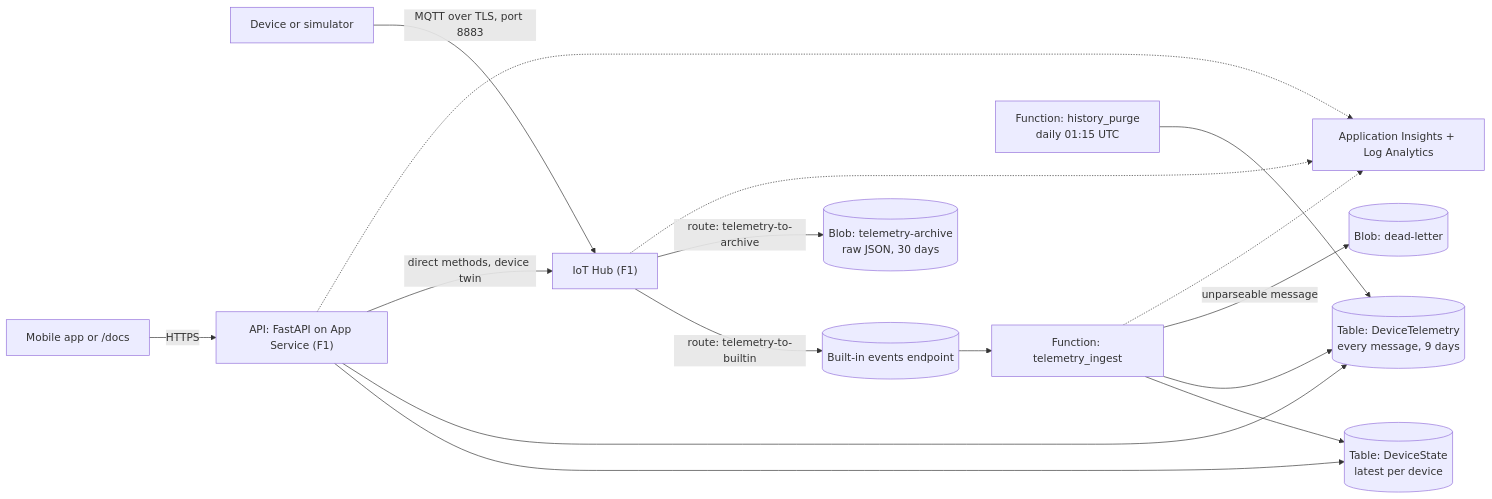
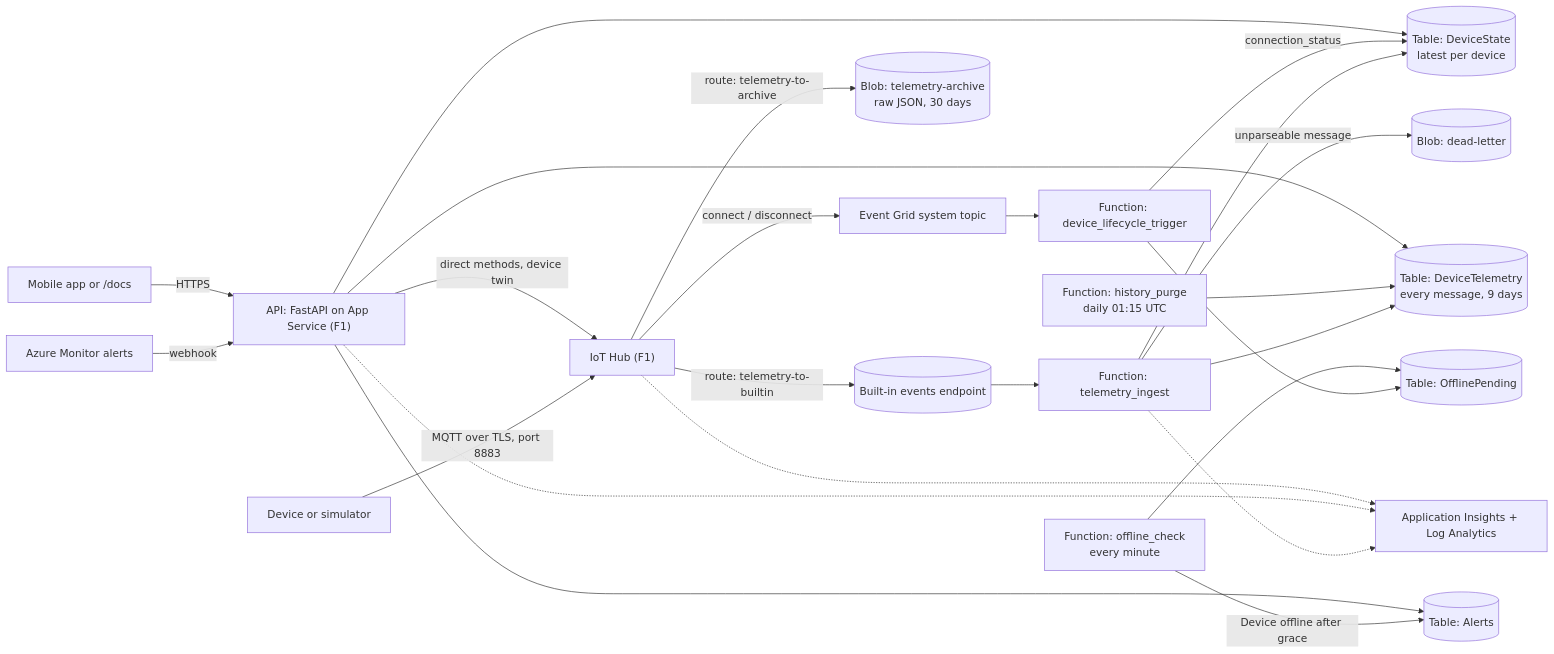
One commit to okeyf16/ems1000-staging changed the diagram in README.md. Above: the diagram before and after it, drawn with Mermaid. The commit also changed other lines of this file and 18 other files, not shown here.

````diff
--- a/README.md
+++ b/README.md
@@ -29,18 +30,26 @@
 ```mermaid
 flowchart LR
     dev["Device or simulator"] -- "MQTT over TLS, port 8883" --> hub["IoT Hub (F1)"]
     hub -- "route: telemetry-to-builtin" --> events[("Built-in events endpoint")]
     hub -- "route: telemetry-to-archive" --> archive[("Blob: telemetry-archive<br/>raw JSON, 30 days")]
     events --> ingest["Function: telemetry_ingest"]
     ingest --> state[("Table: DeviceState<br/>latest per device")]
     ingest --> history[("Table: DeviceTelemetry<br/>every message, 9 days")]
     ingest -- "unparseable message" --> dead[("Blob: dead-letter")]
     purge["Function: history_purge<br/>daily 01:15 UTC"] --> history
+    hub -- "connect / disconnect" --> eg["Event Grid system topic"]
+    eg --> life["Function: device_lifecycle_trigger"]
+    life -- "connection_status" --> state
+    life --> pending[("Table: OfflinePending")]
+    check["Function: offline_check<br/>every minute"] --> pending
+    check -- "Device offline after grace" --> alerts[("Table: Alerts")]
+    monitor["Azure Monitor alerts"] -- "webhook" --> api
     client["Mobile app or /docs"] -- "HTTPS" --> api["API: FastAPI on App Service (F1)"]
     api --> state
     api --> history
+    api --> alerts
     api -- "direct methods, device twin" --> hub
     ingest -.-> obs["Application Insights + Log Analytics"]
     api -.-> obs
     hub -.-> obs
 ```
````
